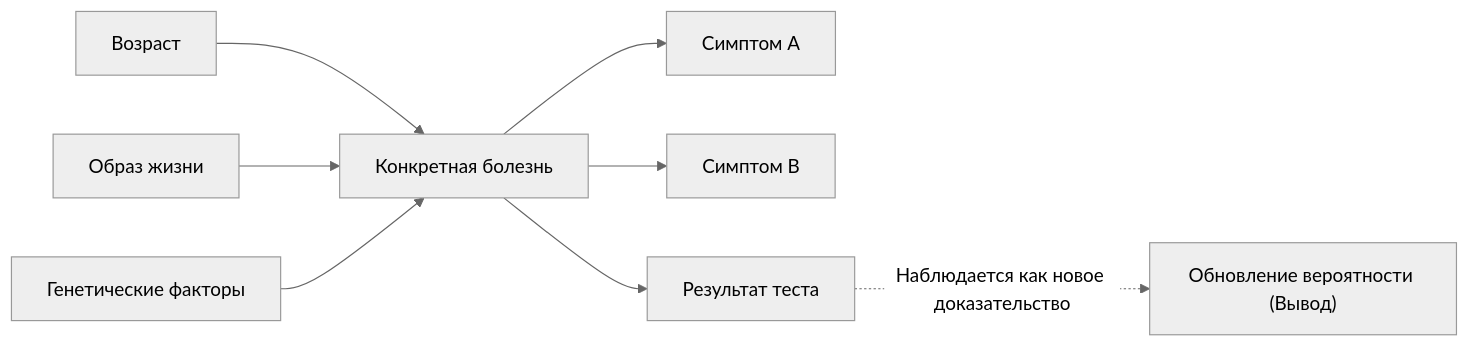
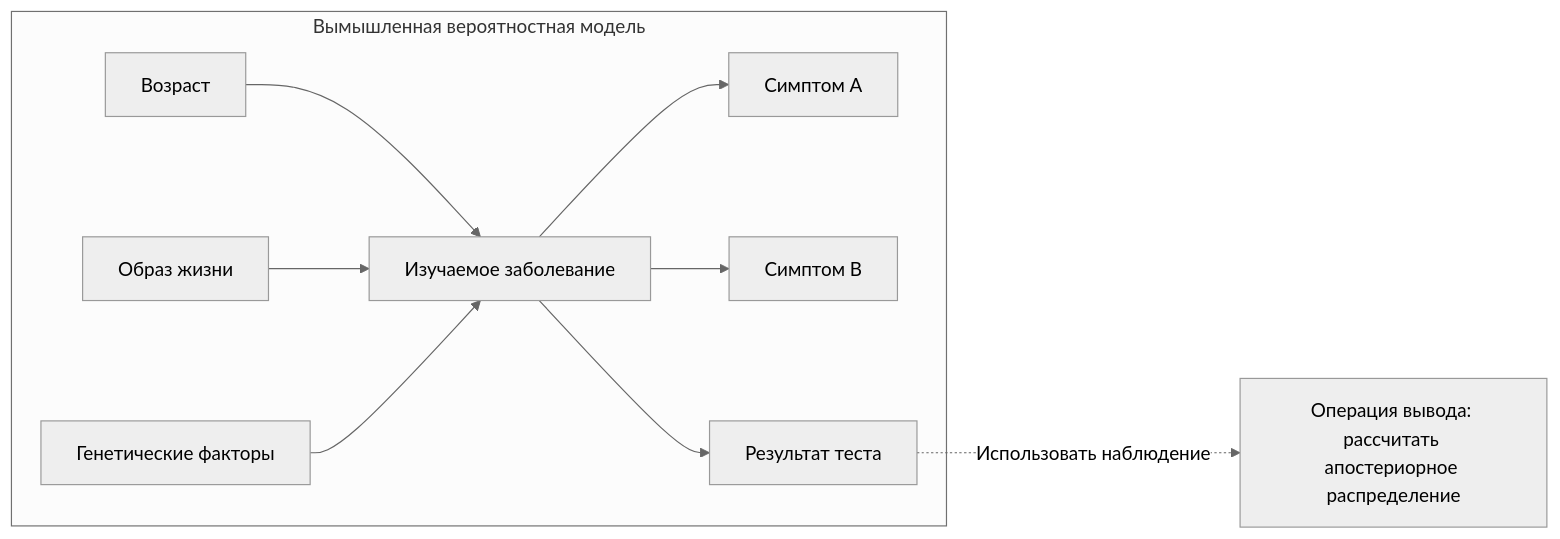
The second of 2 diagrams in content/post/bayes-theorem/index.ru.md (kenjinote/blog), drawn with Mermaid (neutral theme) before and after one commit. The commit also changed other lines of this file and 8 other files, not shown here.

````diff
--- a/content/post/bayes-theorem/index.ru.md
+++ b/content/post/bayes-theorem/index.ru.md
@@ -116,12 +161,12 @@
 ```mermaid
 flowchart LR
-    Age["Возраст"] --> Disease["Конкретная болезнь"]
-    Lifestyle["Образ жизни"] --> Disease
-    Genes["Генетические факторы"] --> Disease
-    
-    Disease --> SymptomA["Симптом A"]
-    Disease --> SymptomB["Симптом B"]
-    Disease --> TestResult["Результат теста"]
-    
-    TestResult -.->|"Наблюдается как новое доказательство"| Update["Обновление вероятности (Вывод)"]
+    subgraph Model["Вымышленная вероятностная модель"]
+        Age["Возраст"] --> Disease["Изучаемое заболевание"]
+        Lifestyle["Образ жизни"] --> Disease
+        Genes["Генетические факторы"] --> Disease
+        Disease --> SymptomA["Симптом A"]
+        Disease --> SymptomB["Симптом B"]
+        Disease --> TestResult["Результат теста"]
+    end
+    TestResult -.->|"Использовать наблюдение"| Inference["Операция вывода: рассчитать апостериорное распределение"]
 ```
````
